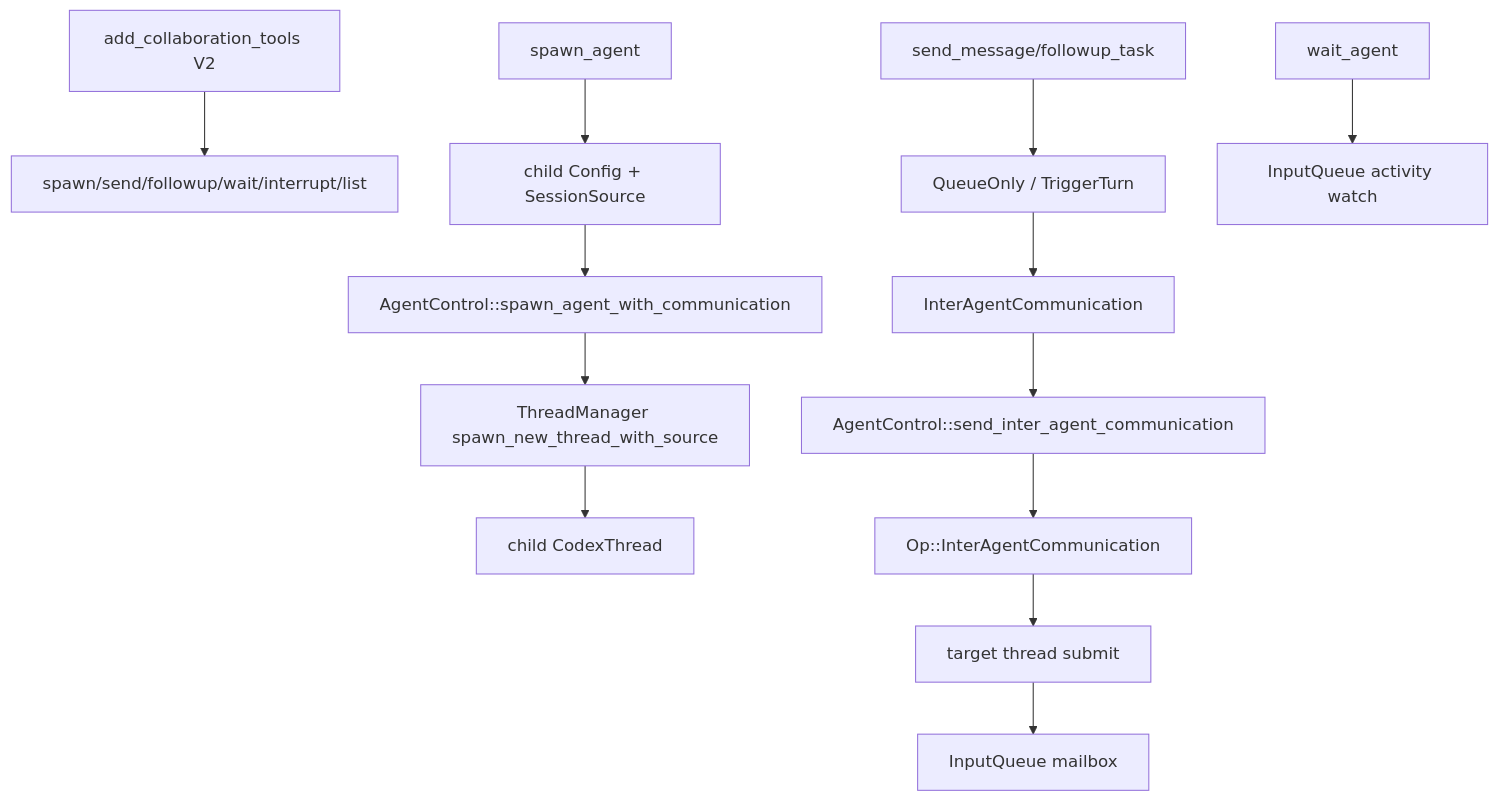
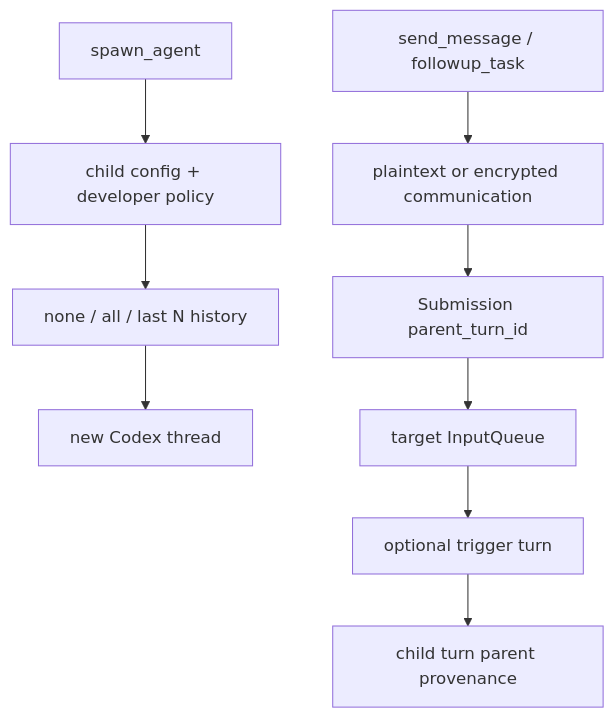
Before and after one commit to wdnmdtonyma/SOTA-Agent-LLM-Wiki: the diagram in docs/llm-wiki/codex/spine/trace-subagent.md, drawn with Mermaid. The commit also changed other lines of this file and 183 other files, not shown here.

````diff
--- a/docs/llm-wiki/codex/spine/trace-subagent.md
+++ b/docs/llm-wiki/codex/spine/trace-subagent.md
@@ -24,15 +16,11 @@
 ```mermaid
 flowchart TD
-    SPEC["add_collaboration_tools V2"] --> TOOLS["spawn/send/followup/wait/interrupt/list"]
-    SPAWN["spawn_agent"] --> CONFIG["child Config + SessionSource"]
-    CONFIG --> CONTROL["AgentControl::spawn_agent_with_communication"]
-    CONTROL --> THREAD["ThreadManager spawn_new_thread_with_source"]
-    THREAD --> CHILD["child CodexThread"]
-    MSG["send_message/followup_task"] --> MODE["QueueOnly / TriggerTurn"]
-    MODE --> IAC["InterAgentCommunication"]
-    IAC --> SEND["AgentControl::send_inter_agent_communication"]
-    SEND --> OP["Op::InterAgentCommunication"]
-    OP --> TARGET["target thread submit"]
-    TARGET --> QUEUE["InputQueue mailbox"]
-    WAIT["wait_agent"] --> ACTIVITY["InputQueue activity watch"]
+    SPAWN["spawn_agent"] --> CONFIG["child config + developer policy"]
+    CONFIG --> FORK["none / all / last N history"]
+    FORK --> CHILD["new Codex thread"]
+    MESSAGE["send_message / followup_task"] --> SOURCE["plaintext or encrypted communication"]
+    SOURCE --> SUBMIT["Submission parent_turn_id"]
+    SUBMIT --> QUEUE["target InputQueue"]
+    QUEUE --> TURN["optional trigger turn"]
+    TURN --> META["child turn parent provenance"]
 ```
````
